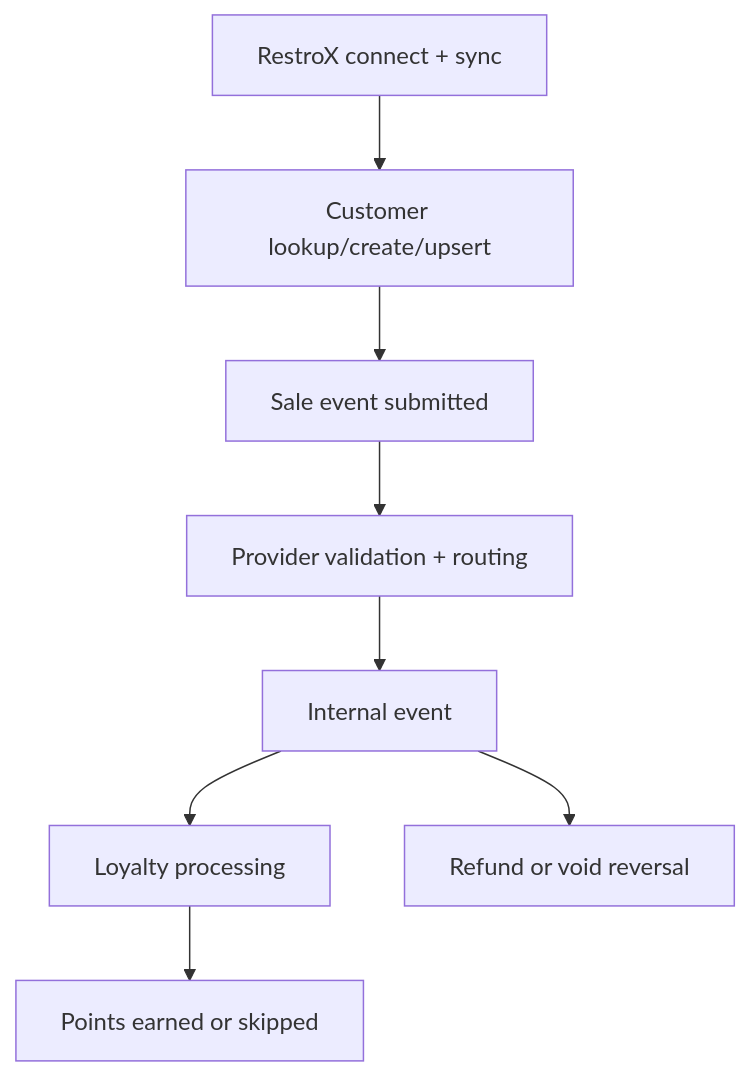
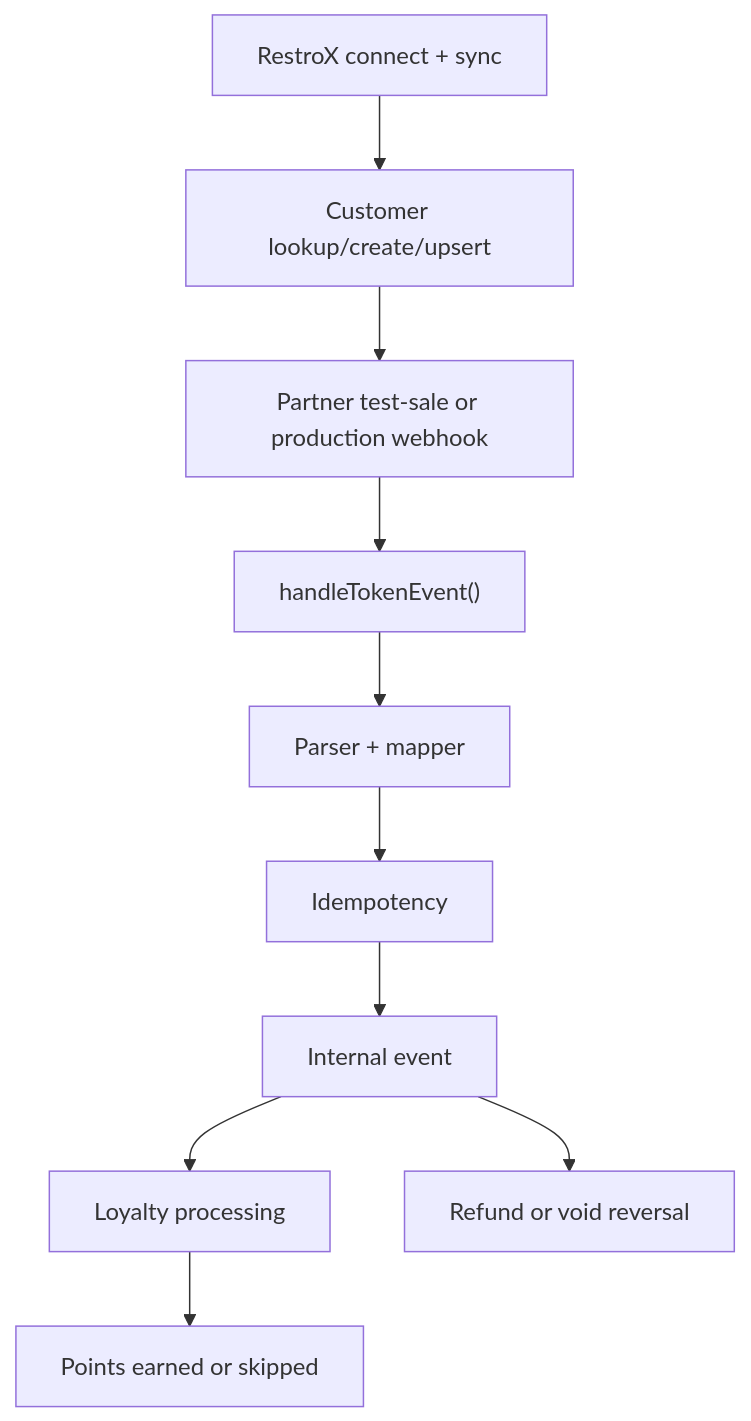
The diagram in integrations/restrox/native/loyalty-processing.mdx (krischal07/docs), drawn with Mermaid before and after one commit. The commit also changed other lines of this file and 10 other files, not shown here.

````diff
--- a/integrations/restrox/native/loyalty-processing.mdx
+++ b/integrations/restrox/native/loyalty-processing.mdx
@@ -21,10 +21,12 @@
 ```mermaid
 flowchart TD
   A["RestroX connect + sync"] --> B["Customer lookup/create/upsert"]
-  B --> C["Sale event submitted"]
-  C --> D["Provider validation + routing"]
-  D --> E["Internal event"]
-  E --> F["Loyalty processing"]
-  F --> G["Points earned or skipped"]
-  E --> H["Refund or void reversal"]
+  B --> C["Partner test-sale or production webhook"]
+  C --> D["handleTokenEvent()"]
+  D --> E["Parser + mapper"]
+  E --> F["Idempotency"]
+  F --> G["Internal event"]
+  G --> H["Loyalty processing"]
+  H --> I["Points earned or skipped"]
+  G --> J["Refund or void reversal"]
 ```
````
